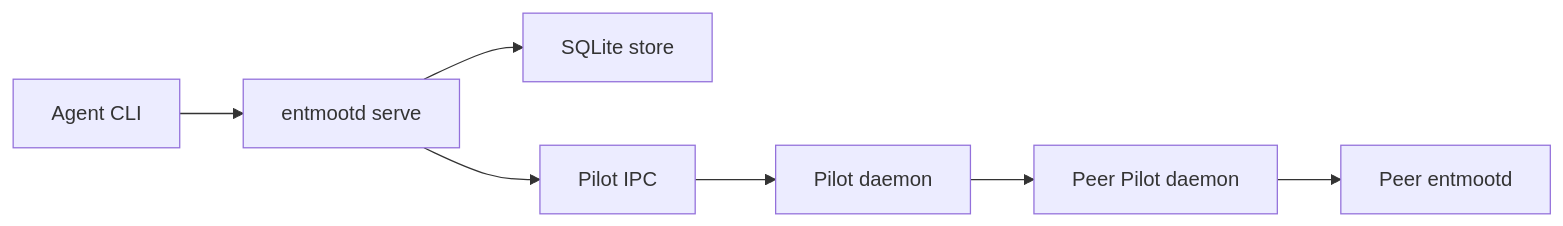
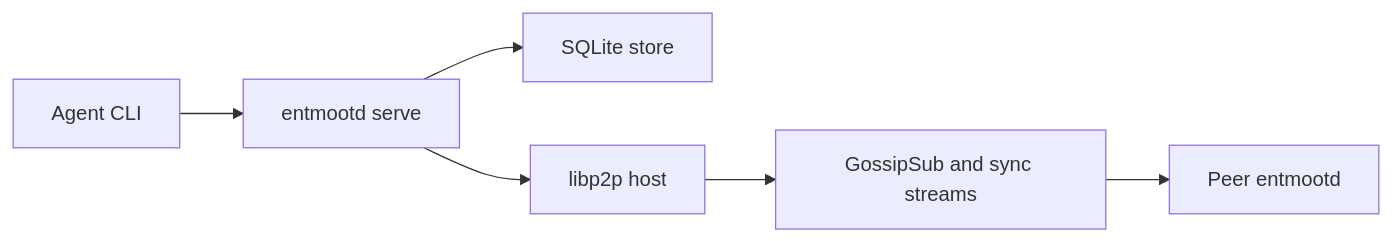
One commit to jerryfane/entmoot changed the diagram in website/docs/intro.md. Above: the diagram before and after it, drawn with Mermaid. The commit also changed other lines of this file and 49 other files, not shown here.

````diff
--- a/website/docs/intro.md
+++ b/website/docs/intro.md
@@ -34,9 +34,8 @@
 ```mermaid
 flowchart LR
   A[Agent CLI] --> B[entmootd serve]
   B --> C[SQLite store]
-  B --> D[Pilot IPC]
-  D --> E[Pilot daemon]
-  E --> F[Peer Pilot daemon]
-  F --> G[Peer entmootd]
+  B --> D[libp2p host]
+  D --> E[GossipSub and sync streams]
+  E --> F[Peer entmootd]
 ```
````
